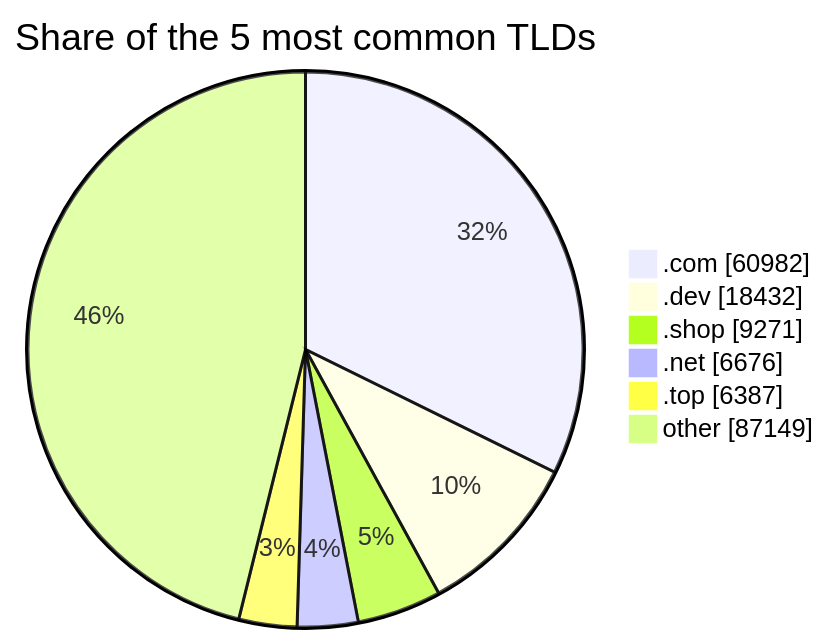
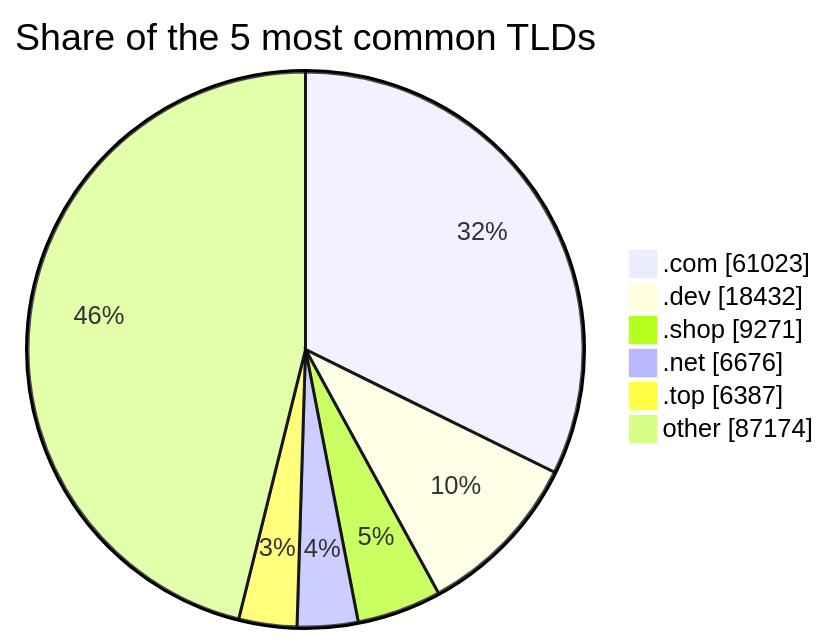
Before and after one commit to DNSBunker/CTI: the third of 3 diagrams in README.md, drawn with Mermaid. The commit also changed other lines of this file and 3 other files, not shown here.

````diff
--- a/README.md
+++ b/README.md
@@ -81,9 +81,9 @@
 ```mermaid
 pie showData title Share of the 5 most common TLDs
-    ".com" : 60982
+    ".com" : 61023
     ".dev" : 18432
     ".shop" : 9271
     ".net" : 6676
     ".top" : 6387
-    "other" : 87149
+    "other" : 87174
 ```
````
